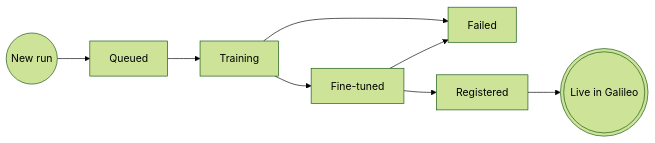
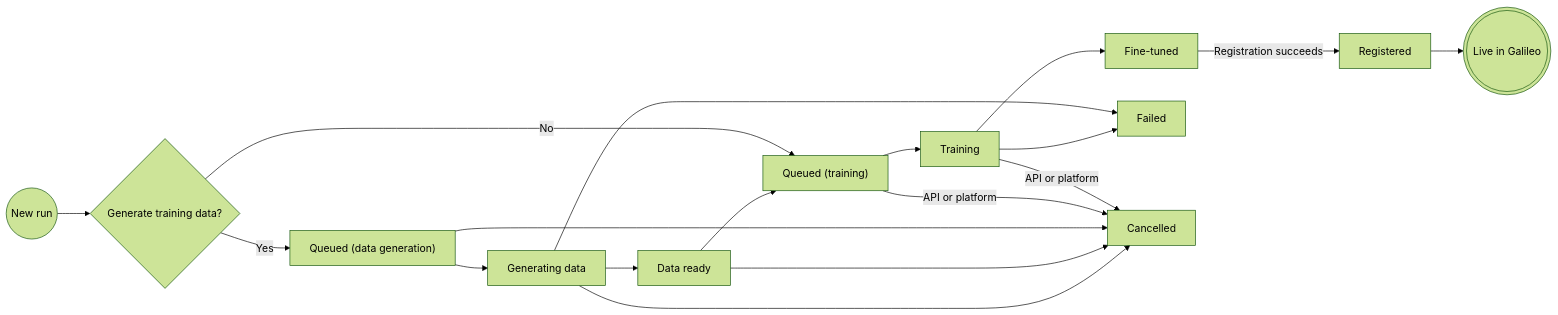
The diagram in luna-studio/ui/runs/lifecycle.mdx (rungalileo/docs-official), drawn with Mermaid (forest theme) before and after one commit. The commit also changed other lines of this file and 27 other files, not shown here.

````diff
--- a/luna-studio/ui/runs/lifecycle.mdx
+++ b/luna-studio/ui/runs/lifecycle.mdx
@@ -10,10 +10,20 @@
 ```mermaid
 flowchart LR
-  Start((New run)) --> Queued
-  Queued --> Training
+  Start((New run)) --> GenerateChoice{Generate training data?}
+  GenerateChoice -->|Yes| DataQueued["Queued (data generation)"]
+  DataQueued --> Generating[Generating data]
+  Generating --> DataReady[Data ready]
+  DataReady --> TrainingQueued["Queued (training)"]
+  GenerateChoice -->|No| TrainingQueued
+  TrainingQueued --> Training
   Training --> FineTuned[Fine-tuned]
   Training --> Failed
-  FineTuned --> Registered
-  FineTuned --> Failed
+  FineTuned -->|Registration succeeds| Registered
+  Generating --> Failed
+  Generating --> Cancelled
+  DataReady --> Cancelled
+  DataQueued --> Cancelled
+  TrainingQueued -->|API or platform| Cancelled
+  Training -->|API or platform| Cancelled
   Registered --> Done(((Live in Galileo)))
 ```
````
